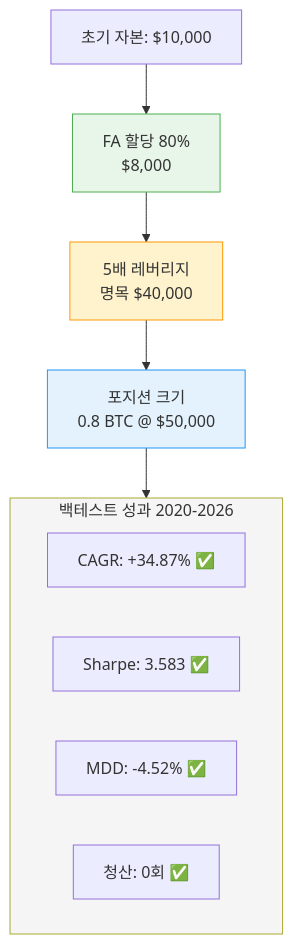
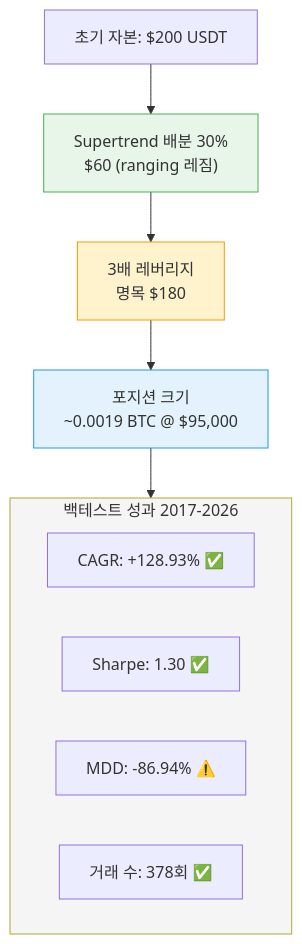
The first of 2 diagrams in docs/policies/leverage-limits.md (Justant-source/Bit-Mania), drawn with Mermaid before and after one commit. The commit also changed other lines of this file and 4 other files, not shown here.

````diff
--- a/docs/policies/leverage-limits.md
+++ b/docs/policies/leverage-limits.md
@@ -31,20 +33,20 @@
 ```mermaid
 graph TD
-    A["초기 자본: $10,000"] --> B["FA 할당 80%<br>$8,000"]
-    B --> C["5배 레버리지<br>명목 $40,000"]
-    C --> D["포지션 크기<br>0.8 BTC @ $50,000"]
+    A["초기 자본: $200 USDT"] --> B["Supertrend 배분 30%<br>$60 (ranging 레짐)"]
+    B --> C["3배 레버리지<br>명목 $180"]
+    C --> D["포지션 크기<br>~0.0019 BTC @ $95,000"]
     
-    subgraph Performance["백테스트 성과 2020-2026"]
-        E["CAGR: +34.87% ✅"]
-        F["Sharpe: 3.583 ✅"]
-        G["MDD: -4.52% ✅"]
-        H["청산: 0회 ✅"]
+    subgraph Performance["백테스트 성과 2017-2026"]
+        E["CAGR: +128.93% ✅"]
+        F["Sharpe: 1.30 ✅"]
+        G["MDD: -86.94% ⚠️"]
+        H["거래 수: 378회 ✅"]
     end
     
     D --> Performance
     
     style B fill:#e8f5e9,stroke:#4caf50
     style C fill:#fff3cd,stroke:#ff9800
     style D fill:#e3f2fd,stroke:#2196f3
     style Performance fill:#f5f5f5
 ```
````
